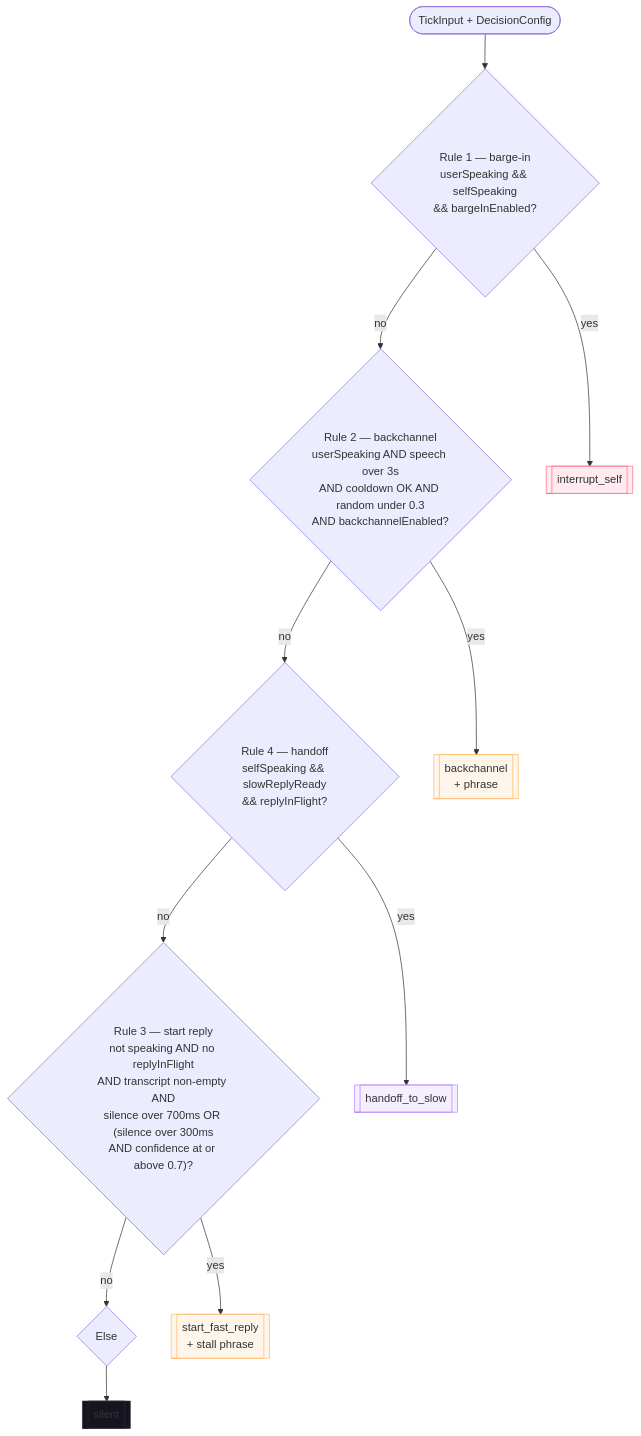
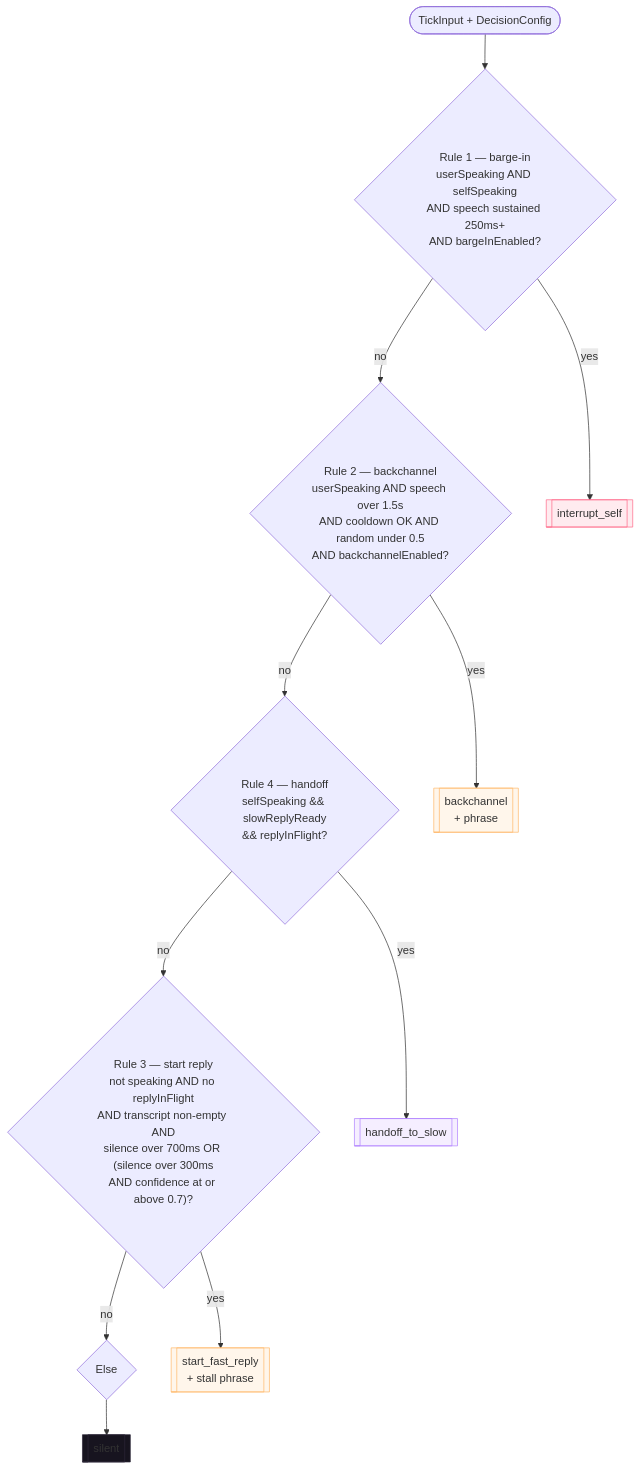
One commit to skalkii/duetmind changed the third of 10 diagrams in docs/FLOWCHARTS.md. Above: the diagram before and after it, drawn with Mermaid. The commit also changed other lines of this file and 4 other files, not shown here.

````diff
--- a/docs/FLOWCHARTS.md
+++ b/docs/FLOWCHARTS.md
@@ -90,33 +90,33 @@
 ```mermaid
 flowchart TD
   In([TickInput + DecisionConfig])
 
-  R1{"Rule 1 — barge-in<br/>userSpeaking && selfSpeaking<br/>&& bargeInEnabled?"}
-  R2{"Rule 2 — backchannel<br/>userSpeaking AND speech over 3s<br/>AND cooldown OK AND random under 0.3<br/>AND backchannelEnabled?"}
+  R1{"Rule 1 — barge-in<br/>userSpeaking AND selfSpeaking<br/>AND speech sustained 250ms+<br/>AND bargeInEnabled?"}
+  R2{"Rule 2 — backchannel<br/>userSpeaking AND speech over 1.5s<br/>AND cooldown OK AND random under 0.5<br/>AND backchannelEnabled?"}
   R4{"Rule 4 — handoff<br/>selfSpeaking && slowReplyReady<br/>&& replyInFlight?"}
   R3{"Rule 3 — start reply<br/>not speaking AND no replyInFlight<br/>AND transcript non-empty AND<br/>silence over 700ms OR (silence over 300ms<br/>AND confidence at or above 0.7)?"}
   R5{Else}
 
   A1[["interrupt_self"]]
   A2[["backchannel<br/>+ phrase"]]
   A4[["handoff_to_slow"]]
   A3[["start_fast_reply<br/>+ stall phrase"]]
   A5[["silent"]]
 
   In --> R1
   R1 -- yes --> A1
   R1 -- no --> R2
   R2 -- yes --> A2
   R2 -- no --> R4
   R4 -- yes --> A4
   R4 -- no --> R3
   R3 -- yes --> A3
   R3 -- no --> R5
   R5 --> A5
 
   style A1 fill:#ff6b8a22,stroke:#ff6b8a
   style A2 fill:#ffb86b22,stroke:#ffb86b
   style A4 fill:#b083ff22,stroke:#b083ff
   style A3 fill:#ffb86b22,stroke:#ffb86b
   style A5 fill:#17141f,stroke:#2d2738
 ```
````
